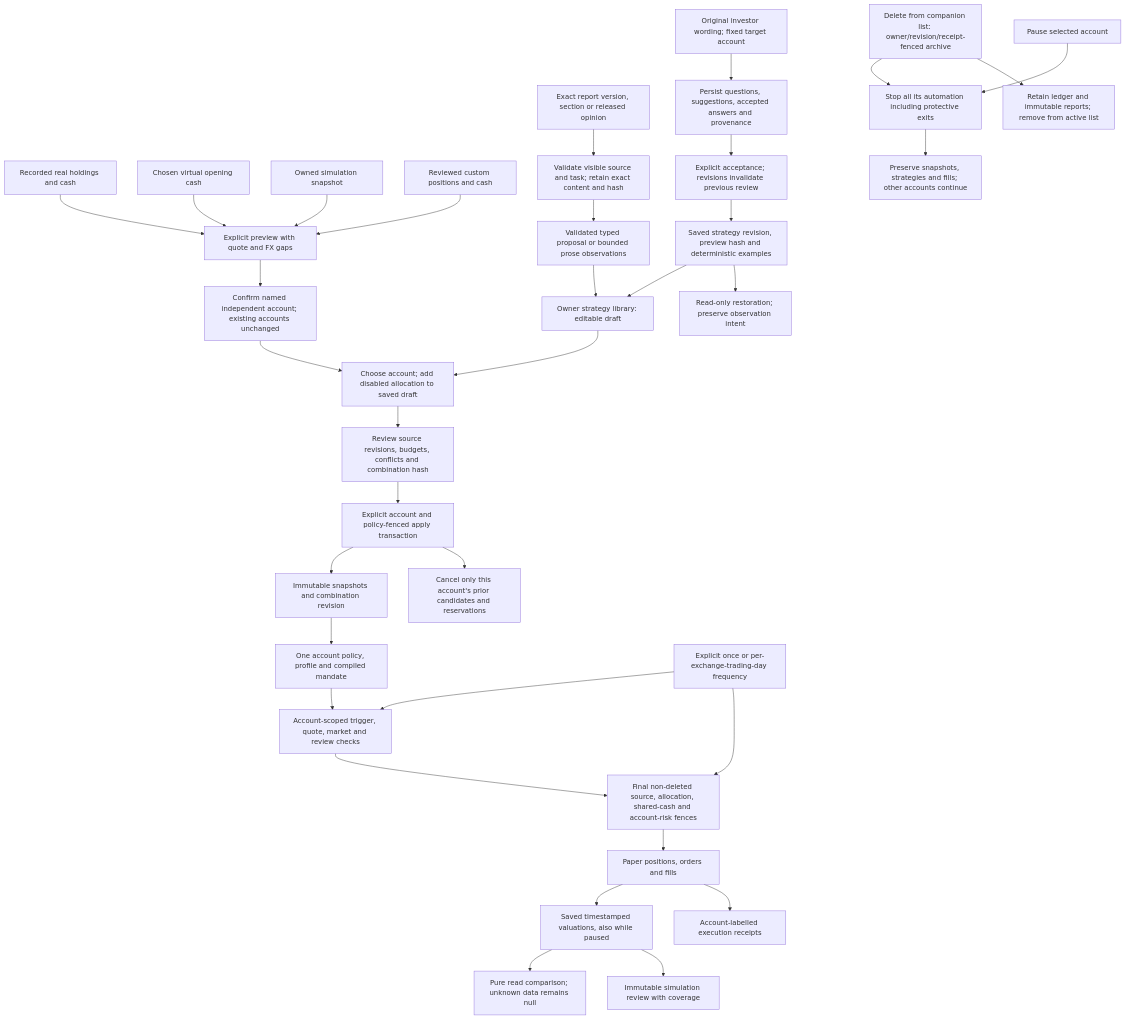
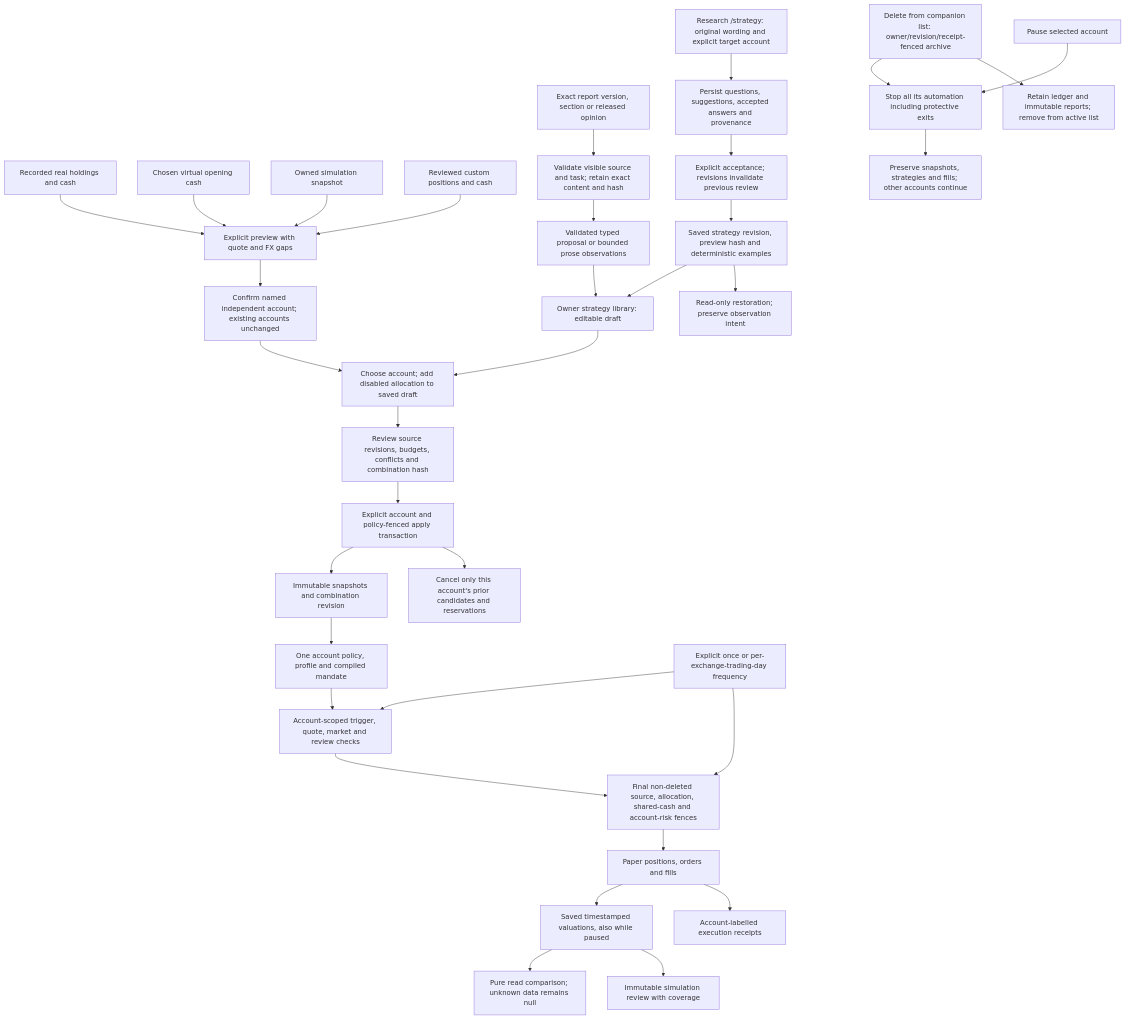
One commit to Lueyu/squabble changed the third of 5 diagrams in docs/architecture.md. Above: the diagram before and after it, drawn with Mermaid. The commit also changed other lines of this file and 119 other files, not shown here.

````diff
--- a/docs/architecture.md
+++ b/docs/architecture.md
@@ -168,36 +183,36 @@
 ```mermaid
 flowchart TD
     real["Recorded real holdings and cash"] --> seed["Explicit preview with quote and FX gaps"]
     virtual["Chosen virtual opening cash"] --> seed
     ownedPaper["Owned simulation snapshot"] --> seed
     custom["Reviewed custom positions and cash"] --> seed
     seed --> create["Confirm named independent account; existing accounts unchanged"]
     source["Exact report version, section or released opinion"] --> readable["Validate visible source and task; retain exact content and hash"]
     readable --> typed["Validated typed proposal or bounded prose observations"]
     typed --> draft["Owner strategy library: editable draft"]
-    idea["Original investor wording; fixed target account"] --> questions["Persist questions, suggestions, accepted answers and provenance"]
+    idea["Research /strategy: original wording and explicit target account"] --> questions["Persist questions, suggestions, accepted answers and provenance"]
     questions --> acceptAnswer["Explicit acceptance; revisions invalidate previous review"]
     acceptAnswer --> savedReview["Saved strategy revision, preview hash and deterministic examples"]
     savedReview --> draft
     savedReview --> restoreReview["Read-only restoration; preserve observation intent"]
     draft --> target["Choose account; add disabled allocation to saved draft"]
     create --> target
     target --> preview["Review source revisions, budgets, conflicts and combination hash"]
     preview --> apply["Explicit account and policy-fenced apply transaction"]
     apply --> authority["Immutable snapshots and combination revision"]
     apply --> cancel["Cancel only this account's prior candidates and reservations"]
     authority --> runtime["One account policy, profile and compiled mandate"]
     runtime --> schedule["Account-scoped trigger, quote, market and review checks"]
     schedule --> order["Final non-deleted source, allocation, shared-cash and account-risk fences"]
     frequency["Explicit once or per-exchange-trading-day frequency"] --> schedule
     frequency --> order
     order --> ledger["Paper positions, orders and fills"]
     archive["Delete from companion list: owner/revision/receipt-fenced archive"] --> stop
     archive --> retained["Retain ledger and immutable reports; remove from active list"]
     pause["Pause selected account"] --> stop["Stop all its automation including protective exits"]
     stop --> history["Preserve snapshots, strategies and fills; other accounts continue"]
     ledger --> valuation["Saved timestamped valuations, also while paused"]
     valuation --> comparison["Pure read comparison; unknown data remains null"]
     valuation --> review["Immutable simulation review with coverage"]
     ledger --> channel["Account-labelled execution receipts"]
 ```
````
